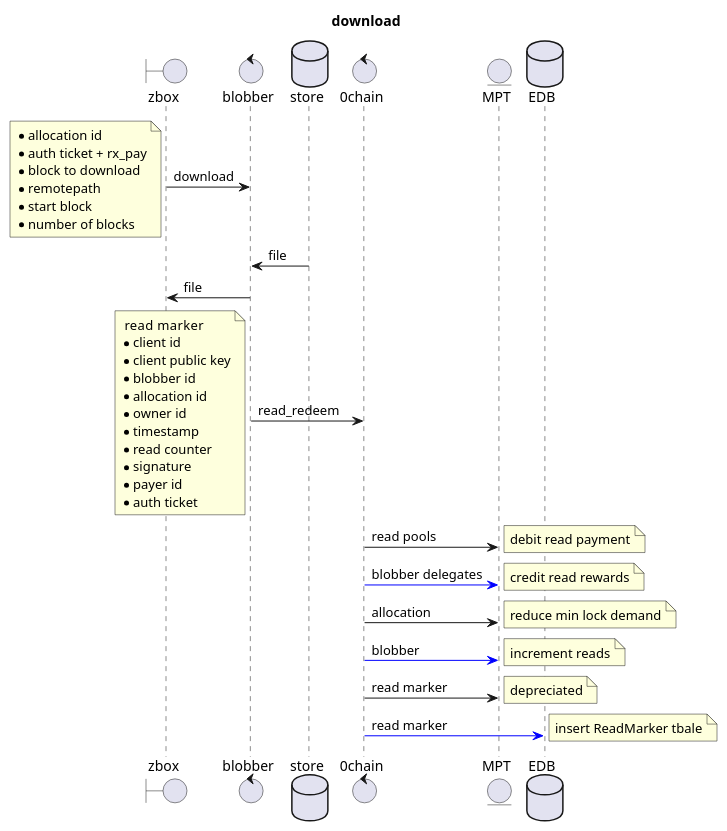
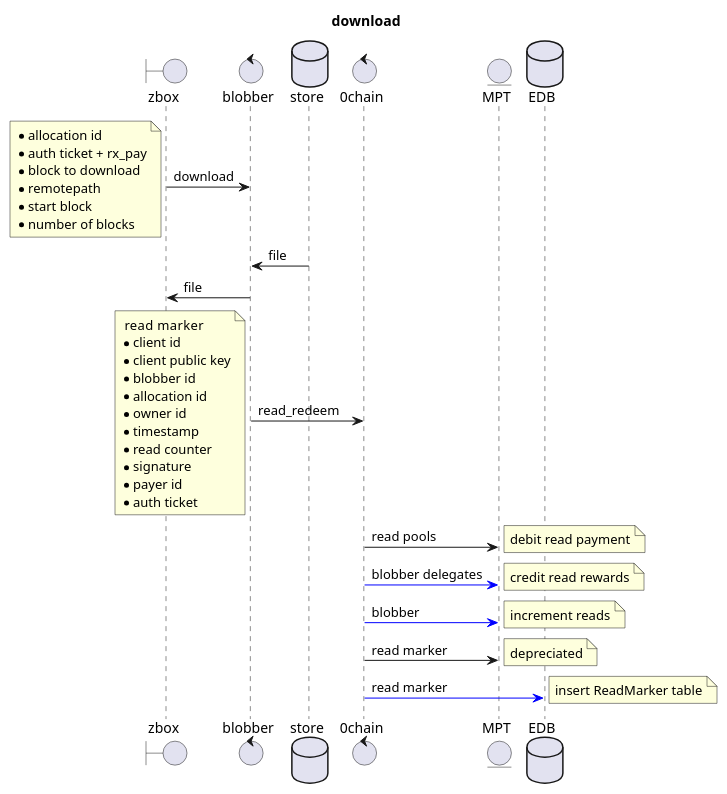
Before and after one commit to Marcin199626/0chain: the fifth of 6 diagrams in docs/challenges.puml, drawn with PlantUML. The commit also changed other lines of this file, not shown here.

Commit message:
remove unstake

```diff
--- a/docs/challenges.puml
+++ b/docs/challenges.puml
@@ -199,60 +198,56 @@
 @startuml
 title download
 
 boundary zbox
 control blobber
 database store
 control 0chain
 entity MPT
 database EDB
 
 zbox -> blobber : download
 note left
     * allocation id
     * auth ticket + rx_pay
     * block to download
     * remotepath
     * start block
     * number of blocks
 end note
     store -> blobber : file
     blobber -> zbox : file
     blobber -> 0chain : read_redeem
     note left
          read  marker
         * client id
         * client public key
         * blobber id
         * allocation id
         * owner id
         * timestamp
         * read counter
         * signature
         * payer id
         * auth ticket
     end note
         0chain -> MPT : read pools
         note right
             debit read payment
         end note
         0chain -[#blue]> MPT : blobber delegates
         note right
             credit read rewards
         end note
-        0chain -> MPT : allocation
-        note right
-            reduce min lock demand
-        end note
         0chain -[#blue]> MPT : blobber
         note right
             increment reads
         end note
         0chain -> MPT : read marker
         note right
             depreciated
         end note
         0chain -[#blue]> EDB : read marker
         note right
-            insert ReadMarker tbale
+            insert ReadMarker table
         end note
 @enduml
```
